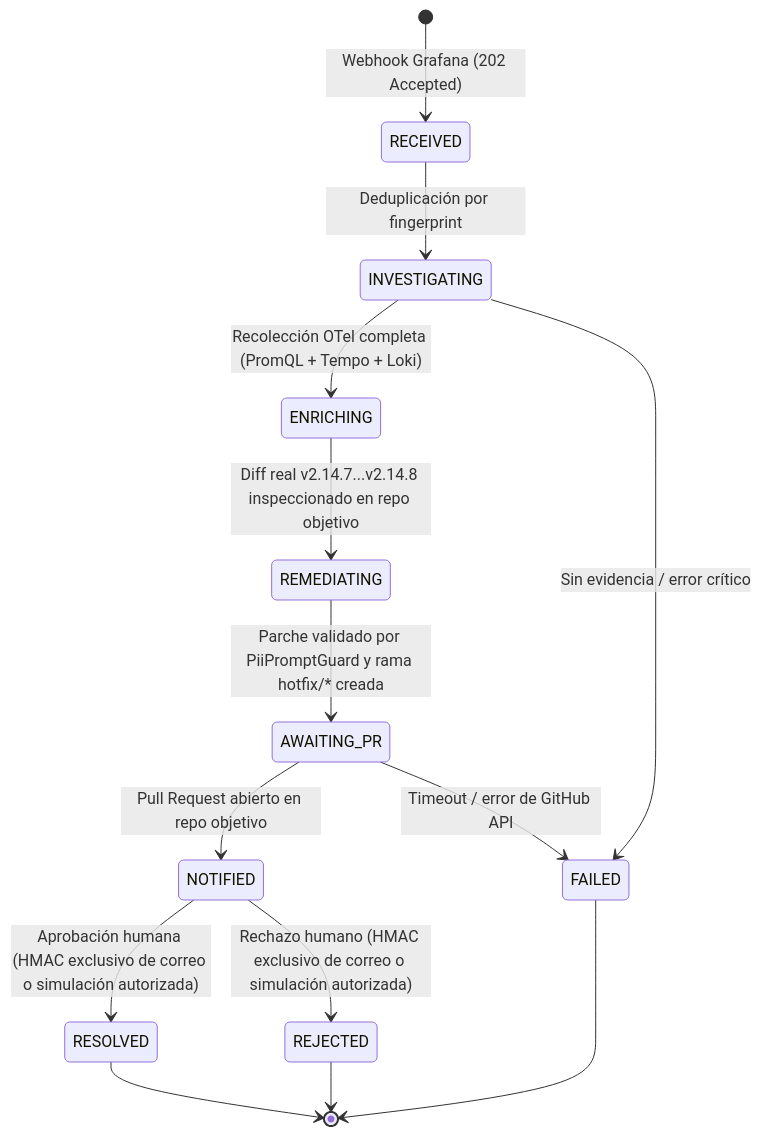
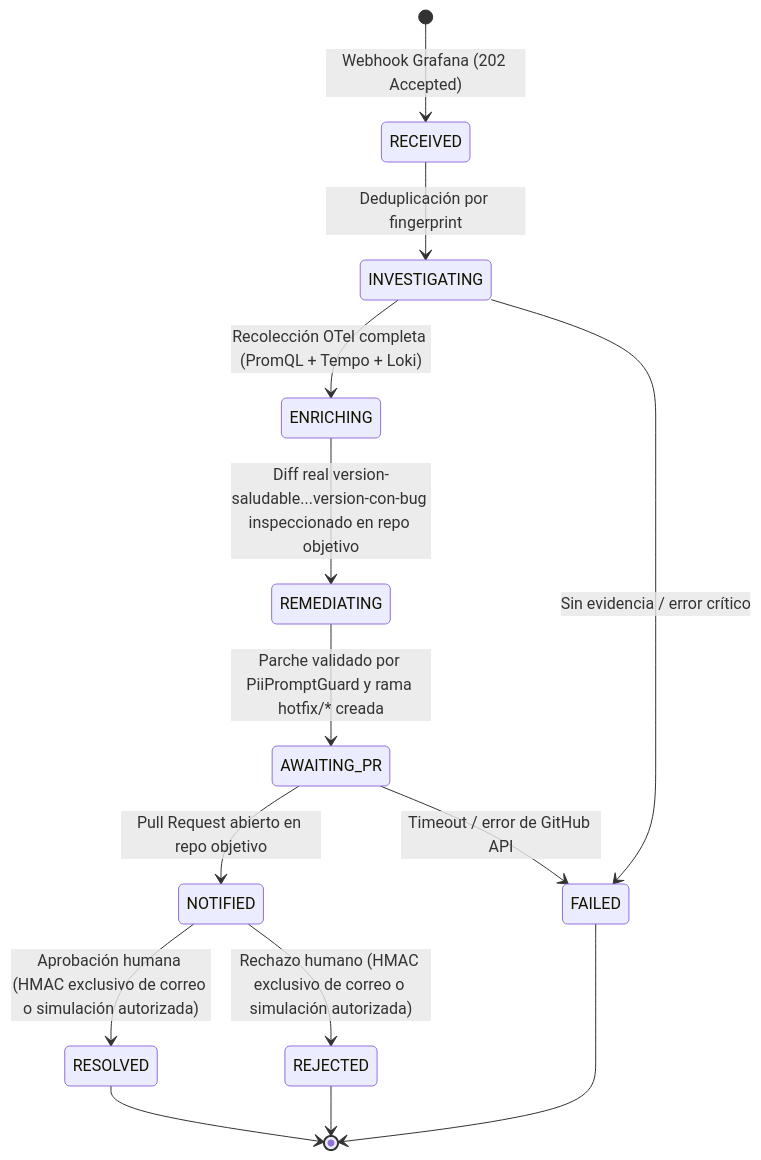
The fourth of 5 diagrams in docs/es-ES/00_architecture_master.md (AdmilsonGoncalves/zeromttr), drawn with Mermaid before and after one commit. The commit also changed other lines of this file and 75 other files, not shown here.

````diff
--- a/docs/es-ES/00_architecture_master.md
+++ b/docs/es-ES/00_architecture_master.md
@@ -208,17 +209,17 @@
 ```mermaid
 stateDiagram-v2
     direction TB
     [*] --> RECEIVED: Webhook Grafana (202 Accepted)
     RECEIVED --> INVESTIGATING: Deduplicación por fingerprint
     INVESTIGATING --> ENRICHING: Recolección OTel completa (PromQL + Tempo + Loki)
     INVESTIGATING --> FAILED: Sin evidencia / error crítico
-    ENRICHING --> REMEDIATING: Diff real v2.14.7...v2.14.8 inspeccionado en repo objetivo
+    ENRICHING --> REMEDIATING: Diff real version-saludable...version-con-bug inspeccionado en repo objetivo
     REMEDIATING --> AWAITING_PR: Parche validado por PiiPromptGuard y rama hotfix/* creada
     AWAITING_PR --> NOTIFIED: Pull Request abierto en repo objetivo
     AWAITING_PR --> FAILED: Timeout / error de GitHub API
     NOTIFIED --> RESOLVED: Aprobación humana (HMAC exclusivo de correo o simulación autorizada)
     NOTIFIED --> REJECTED: Rechazo humano (HMAC exclusivo de correo o simulación autorizada)
     RESOLVED --> [*]
     REJECTED --> [*]
     FAILED --> [*]
 ```
````
